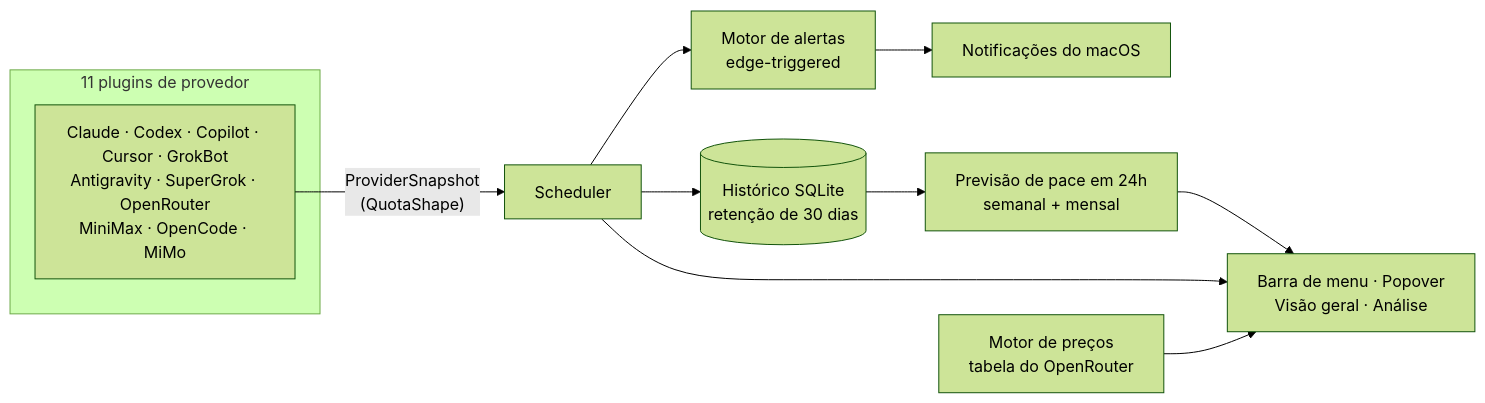
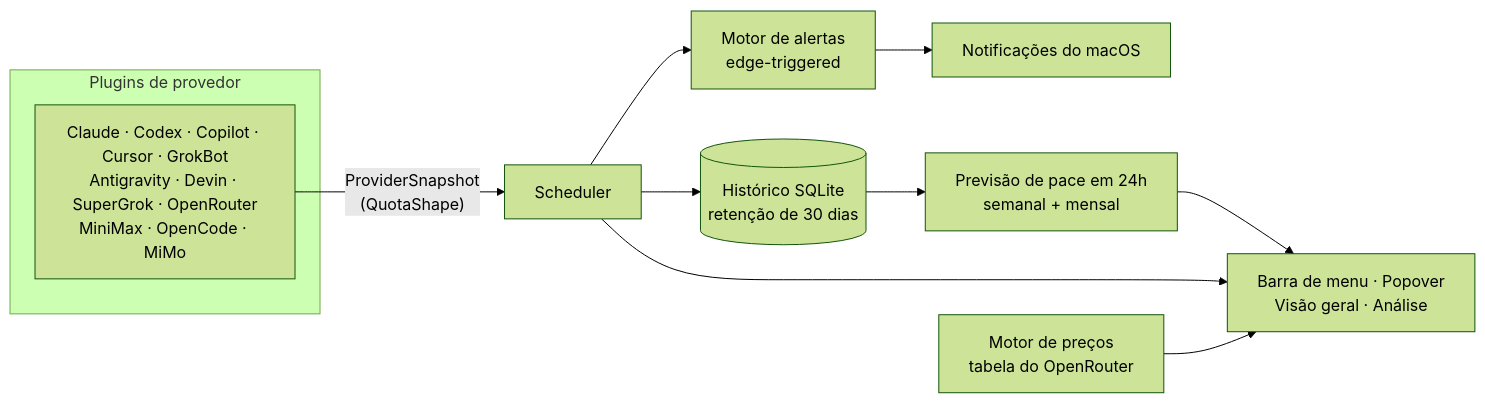
The diagram in README.pt-BR.md (OkamiOps/OkTally), drawn with Mermaid (forest theme) before and after one commit. The commit also changed other lines of this file and 32 other files, not shown here.

````diff
--- a/README.pt-BR.md
+++ b/README.pt-BR.md
@@ -100,14 +101,14 @@
 ```mermaid
 flowchart LR
-    subgraph Providers["11 plugins de provedor"]
-        P1["Claude · Codex · Copilot · Cursor · GrokBot<br/>Antigravity · SuperGrok · OpenRouter<br/>MiniMax · OpenCode · MiMo"]
+    subgraph Providers["Plugins de provedor"]
+        P1["Claude · Codex · Copilot · Cursor · GrokBot<br/>Antigravity · Devin · SuperGrok · OpenRouter<br/>MiniMax · OpenCode · MiMo"]
     end
     P1 -->|"ProviderSnapshot<br/>(QuotaShape)"| S[Scheduler]
     S --> DB[(Histórico SQLite<br/>retenção de 30 dias)]
     S --> AE[Motor de alertas<br/>edge-triggered]
     AE --> N[Notificações do macOS]
     DB --> FE[Previsão de pace em 24h<br/>semanal + mensal]
     FE --> UI["Barra de menu · Popover<br/>Visão geral · Análise"]
     S --> UI
     PE[Motor de preços<br/>tabela do OpenRouter] --> UI
 ```
````
